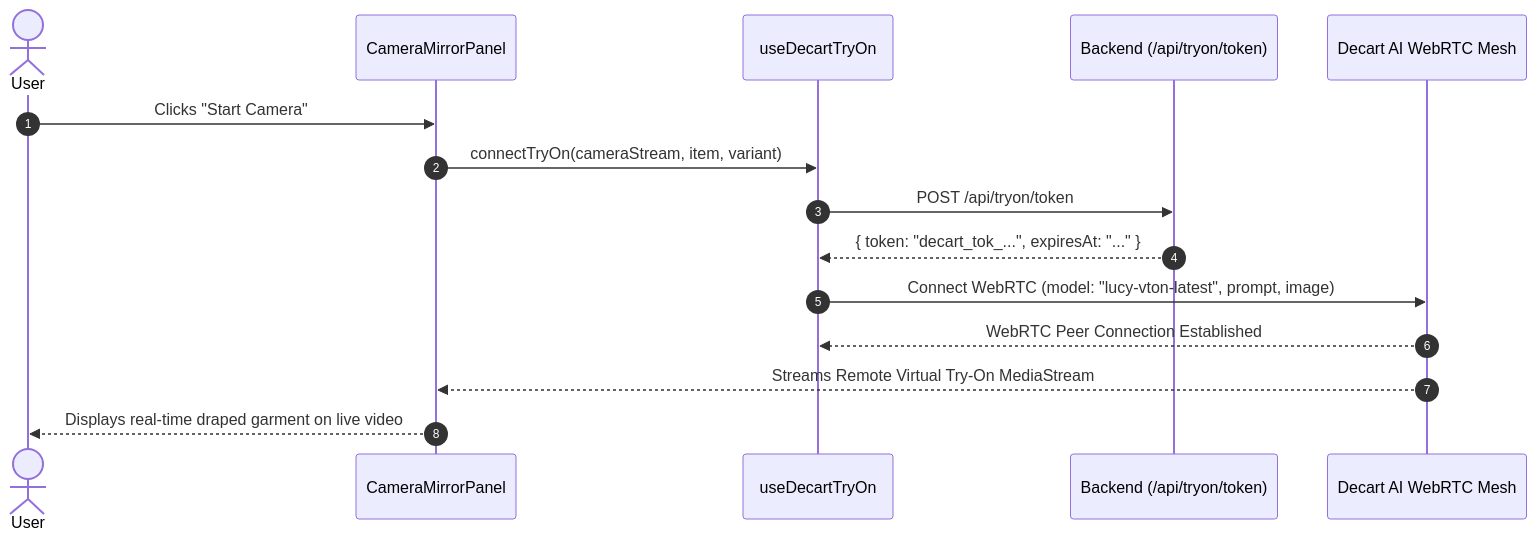
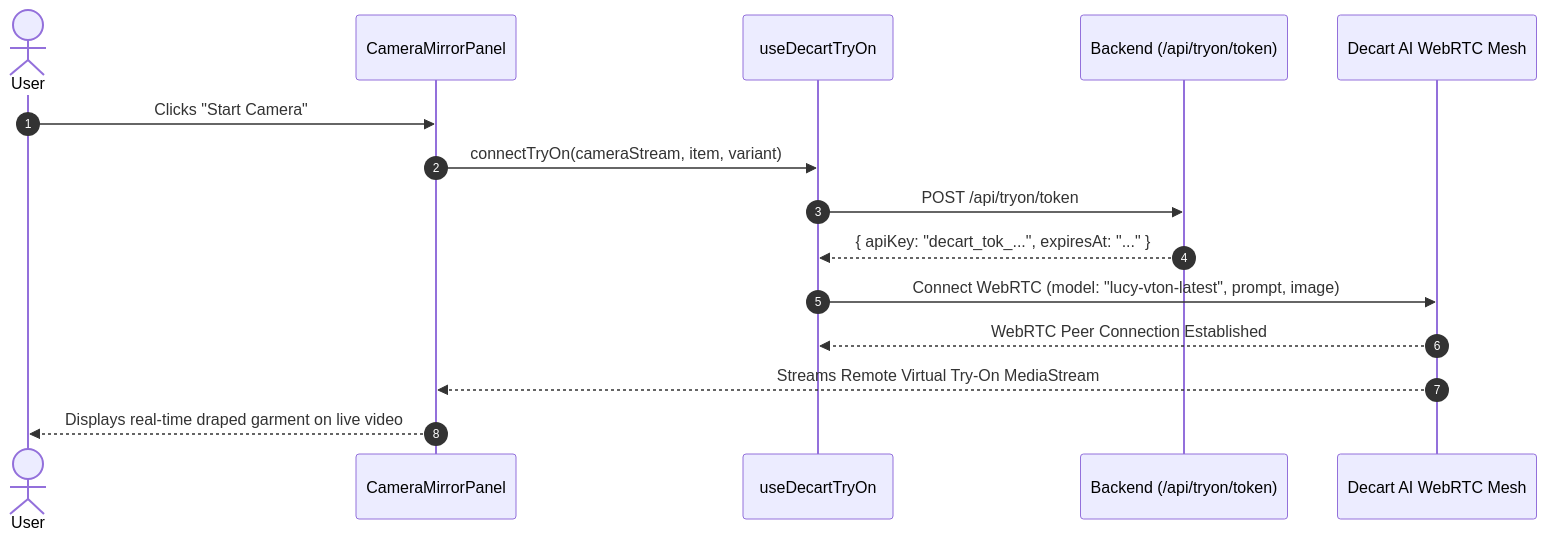
One commit to gamalwessam21/TryOnStudio changed the third of 11 diagrams in README.md. Above: the diagram before and after it, drawn with Mermaid. The commit also changed other lines of this file, not shown here.

Commit message:
docs: update README with verified architecture and project structure

````diff
--- a/README.md
+++ b/README.md
@@ -856,18 +285,18 @@
 ```mermaid
 sequenceDiagram
     autonumber
     actor User
     participant UI as CameraMirrorPanel
     participant Hook as useDecartTryOn
     participant Backend as Backend (/api/tryon/token)
     participant Decart as Decart AI WebRTC Mesh
 
     User->>UI: Clicks "Start Camera"
     UI->>Hook: connectTryOn(cameraStream, item, variant)
     Hook->>Backend: POST /api/tryon/token
-    Backend-->>Hook: { token: "decart_tok_...", expiresAt: "..." }
+    Backend-->>Hook: { apiKey: "decart_tok_...", expiresAt: "..." }
     Hook->>Decart: Connect WebRTC (model: "lucy-vton-latest", prompt, image)
     Decart-->>Hook: WebRTC Peer Connection Established
     Decart-->>UI: Streams Remote Virtual Try-On MediaStream
     UI-->>User: Displays real-time draped garment on live video
 ```
````
